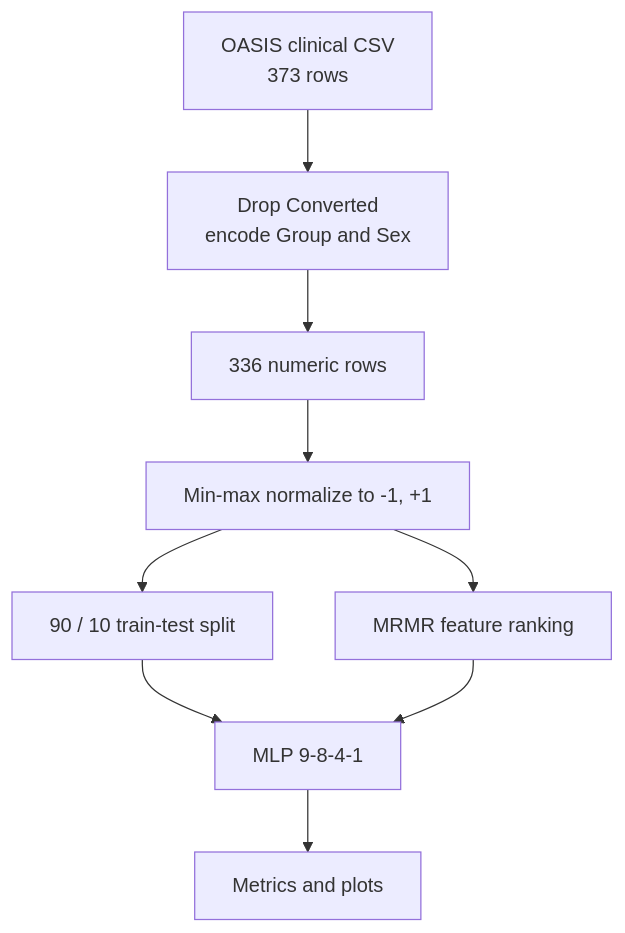
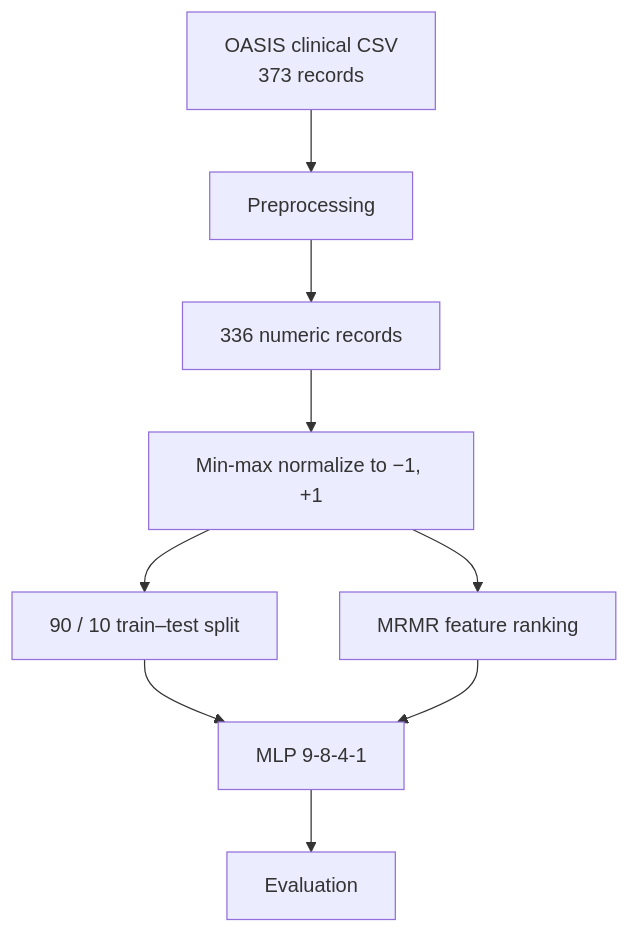
The diagram in README.md (nildadalir/alzheimer-mlp-oasis), drawn with Mermaid before and after one commit. The commit also changed other lines of this file, not shown here.

````diff
--- a/README.md
+++ b/README.md
@@ -27,11 +85,11 @@
 ```mermaid
 flowchart TD
-    A[OASIS clinical CSV<br/>373 rows] --> B[Drop Converted<br/>encode Group and Sex]
-    B --> C[336 numeric rows]
-    C --> D[Min-max normalize to -1, +1]
+    A[OASIS clinical CSV<br/>373 records] --> B[Preprocessing]
+    B --> C[336 numeric records]
+    C --> D[Min-max normalize to −1, +1]
     D --> E[MRMR feature ranking]
-    D --> F[90 / 10 train-test split]
+    D --> F[90 / 10 train–test split]
     F --> G[MLP 9-8-4-1]
     E --> G
-    G --> H[Metrics and plots]
+    G --> H[Evaluation]
 ```
````
